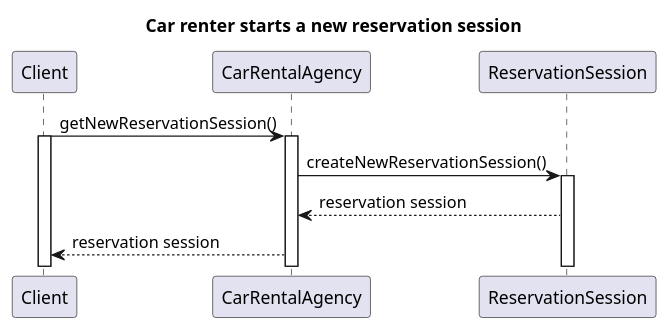
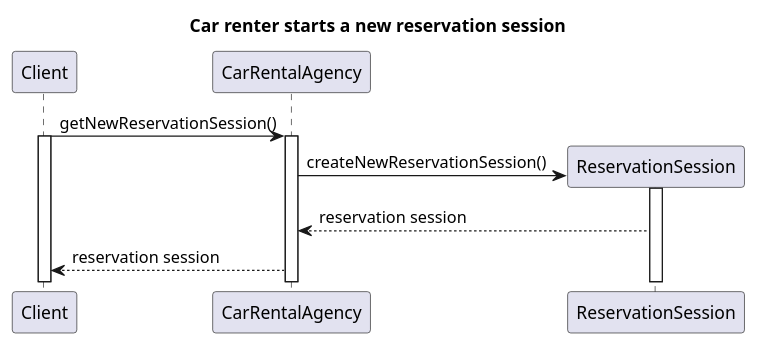
The diagram in diagrams/sequenceDiagrams/startSession.puml (Bhamoss/java_rmi_ds_project), drawn with PlantUML before and after one commit. The commit also changed 1 other file, not shown here.

Commit message:
seq diagram reservecars bijgewerkt + commentaar

```diff
--- a/diagrams/sequenceDiagrams/startSession.puml
+++ b/diagrams/sequenceDiagrams/startSession.puml
@@ -1,14 +1,14 @@
 @startuml
 title Car renter starts a new reservation session
 
 Client->CarRentalAgency: getNewReservationSession()
 activate Client
 activate CarRentalAgency
 
-CarRentalAgency->ReservationSession: createNewReservationSession()
+CarRentalAgency->ReservationSession ** : createNewReservationSession()
 activate ReservationSession
 ReservationSession-->CarRentalAgency: reservation session
 CarRentalAgency-->Client: reservation session
 
 
 @enduml
```
